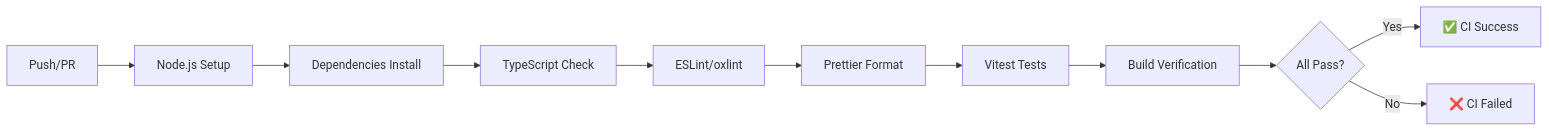
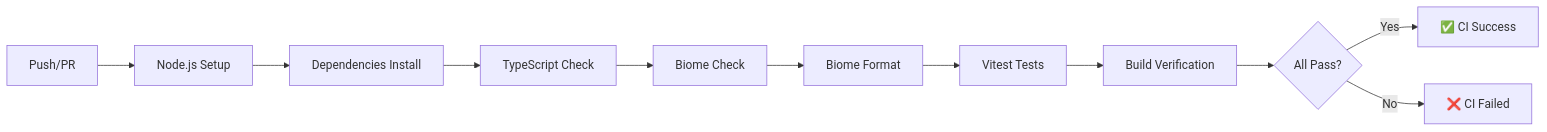
Before and after one commit to takeokunn/ts-minecraft: the first of 2 diagrams in docs/how-to/deployment/ci-cd-deployment.md, drawn with Mermaid. The commit also changed other lines of this file and 22 other files, not shown here.

````diff
--- a/docs/how-to/deployment/ci-cd-deployment.md
+++ b/docs/how-to/deployment/ci-cd-deployment.md
@@ -19,13 +19,13 @@
 ```mermaid
 graph LR
     A[Push/PR] --> B[Node.js Setup]
     B --> C[Dependencies Install]
     C --> D[TypeScript Check]
-    D --> E[ESLint/oxlint]
-    E --> F[Prettier Format]
+    D --> E[Biome Check]
+    E --> F[Biome Format]
     F --> G[Vitest Tests]
     G --> H[Build Verification]
     H --> I{All Pass?}
     I -->|Yes| J[✅ CI Success]
     I -->|No| K[❌ CI Failed]
 ```
````
